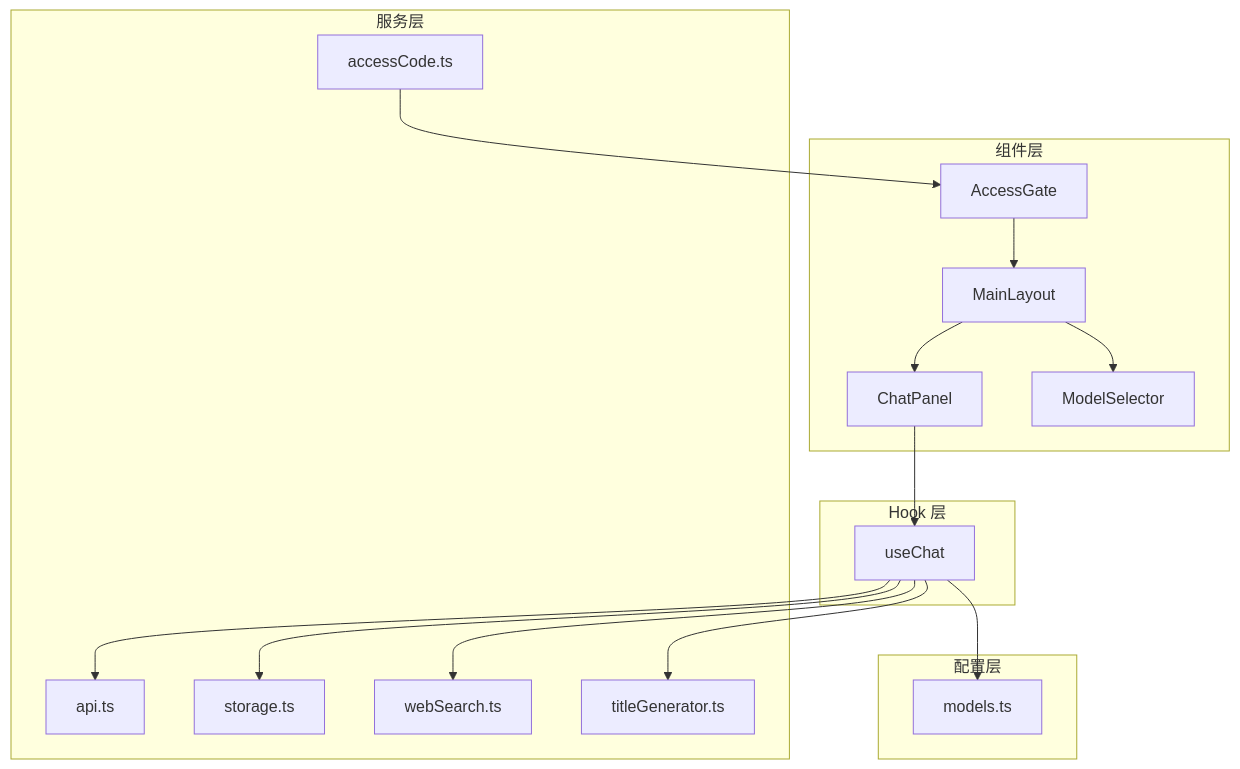
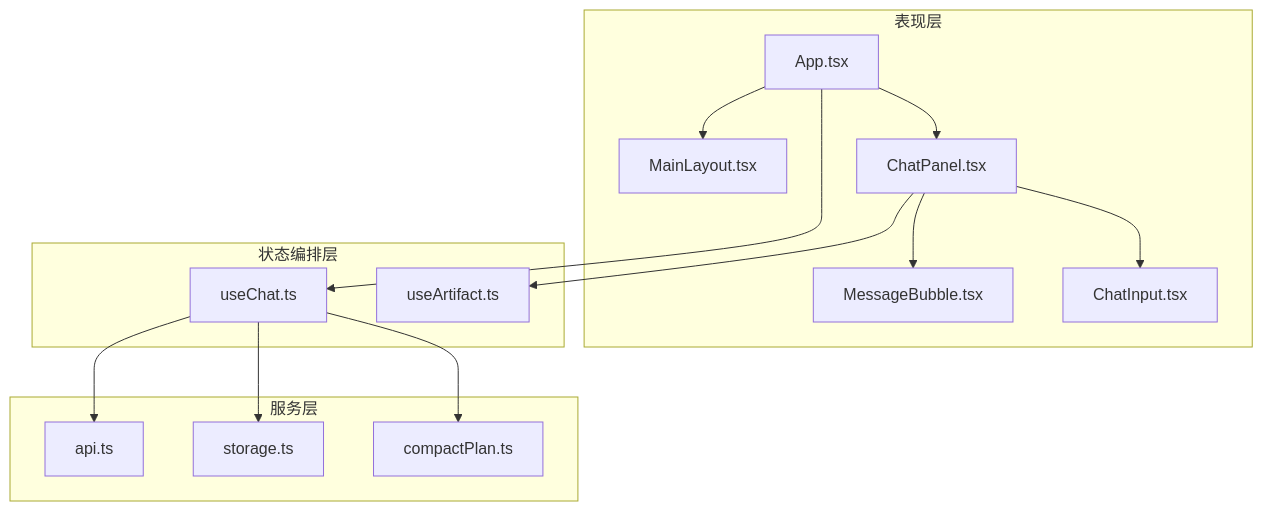
One commit to billye220670/AIShop changed the second of 7 diagrams in .qoder/repowiki/zh/content/架构设计/架构设计.md. Above: the diagram before and after it, drawn with Mermaid. The commit also changed other lines of this file and 135 other files, not shown here.

````diff
--- a/.qoder/repowiki/zh/content/架构设计/架构设计.md
+++ b/.qoder/repowiki/zh/content/架构设计/架构设计.md
@@ -115,32 +114,28 @@
 ```mermaid
 graph TB
-subgraph "组件层"
-L1["MainLayout"]
-L2["ChatPanel"]
-L3["ModelSelector"]
-L4["AccessGate"]
+subgraph "表现层"
+UI1["App.tsx"]
+UI2["MainLayout.tsx"]
+UI3["ChatPanel.tsx"]
+UI4["MessageBubble.tsx"]
+UI5["ChatInput.tsx"]
 end
-subgraph "Hook 层"
-H1["useChat"]
+subgraph "状态编排层"
+H1["useChat.ts"]
+H2["useArtifact.ts"]
 end
 subgraph "服务层"
 S1["api.ts"]
 S2["storage.ts"]
-S3["accessCode.ts"]
-S4["webSearch.ts"]
-S5["titleGenerator.ts"]
+S3["compactPlan.ts"]
 end
-subgraph "配置层"
-C1["models.ts"]
-end
-L1 --> L2
-L1 --> L3
-L4 --> L1
-L2 --> H1
+UI1 --> UI2
+UI1 --> UI3
+UI3 --> UI4
+UI3 --> UI5
+UI1 --> H1
+UI3 --> H2
 H1 --> S1
 H1 --> S2
-H1 --> S4
-H1 --> S5
-H1 --> C1
-S3 --> L4
+H1 --> S3
 ```
````
